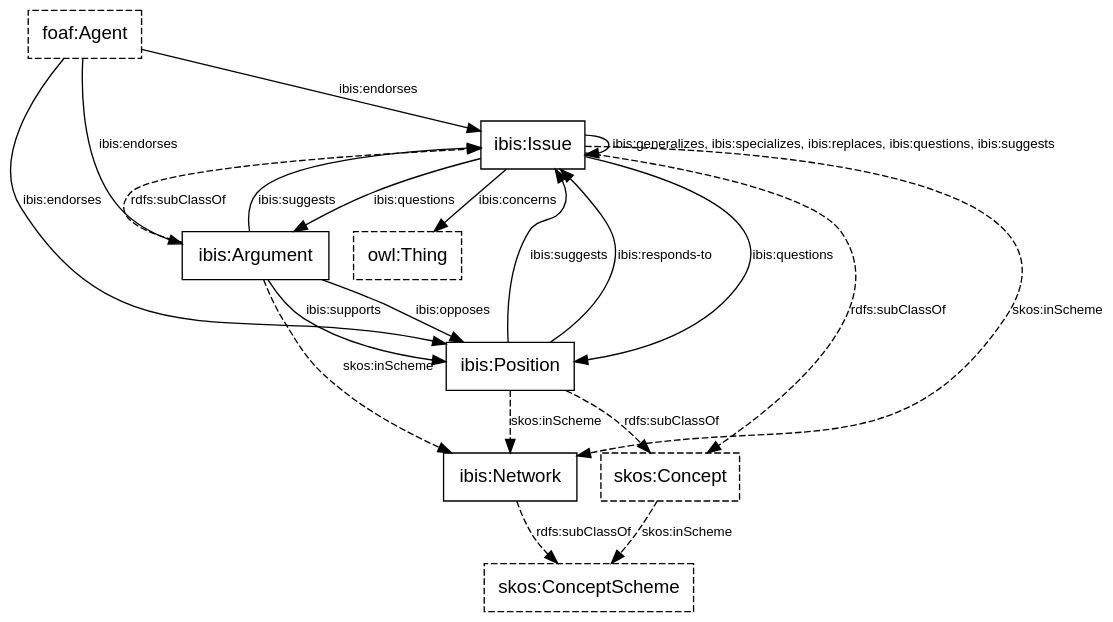
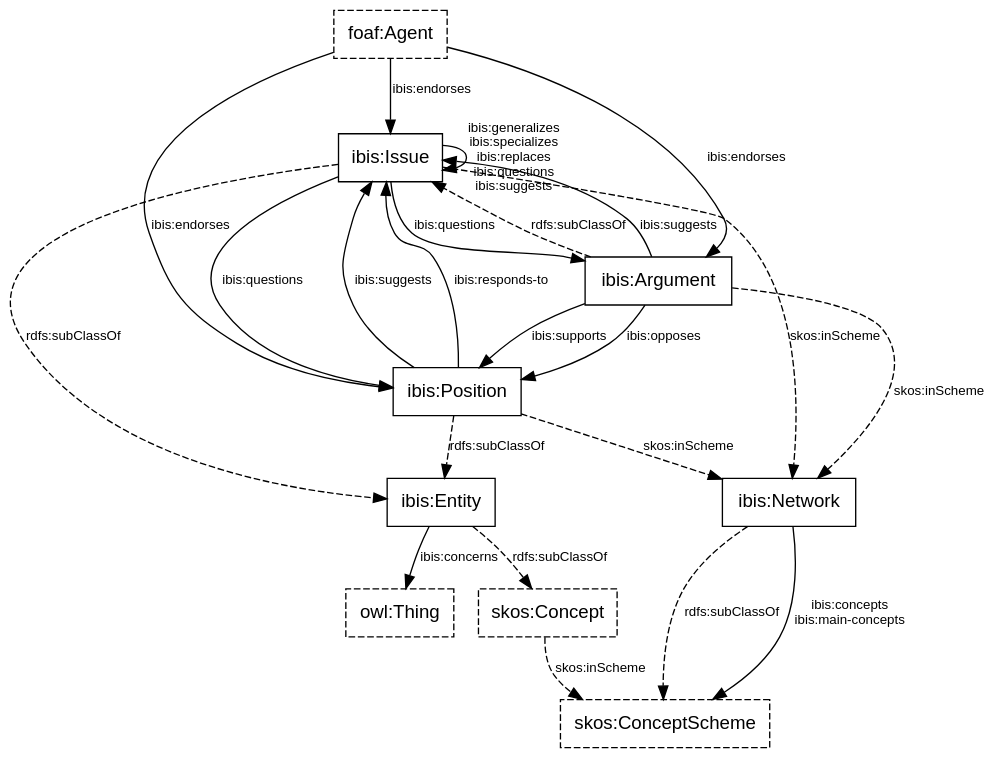
Before and after one commit to doriantaylor/owl-ibis: the diagram in ibis-classes.dot, drawn with Graphviz. The commit also changed 4 other files, not shown here.

Commit message:
adding ibis:(main-)concepts and bringing ontology doc up to date

```diff
--- a/ibis-classes.dot
+++ b/ibis-classes.dot
@@ -1,63 +1,76 @@
 digraph {
     graph [bgcolor=transparent];
     node [shape=box,color="#000000",fontcolor="#000000",fontname="Lucida Grande, Lucida Sans Unicode, sans-serif"];
     edge [color="#000000",fontcolor="#000000",fontname="Lucida Grande, Lucida Sans Unicode, sans-serif"];
-    owl_Thing          [label="owl:Thing", style=dashed];
-    foaf_Agent         [label="foaf:Agent", style=dashed];
-    skos_Concept       [label="skos:Concept", style=dashed];
-    skos_ConceptScheme [label="skos:ConceptScheme", style=dashed];
-    ibis_Issue         [label="ibis:Issue"];
-    ibis_Position      [label="ibis:Position"];
-    ibis_Argument      [label="ibis:Argument"];
-    ibis_Network       [label="ibis:Network"];
-    
+
+    subgraph {
+        node [style=dashed];
+        owl_Thing          [label="owl:Thing"];
+        foaf_Agent         [label="foaf:Agent"];
+        skos_Concept       [label="skos:Concept"];
+        skos_ConceptScheme [label="skos:ConceptScheme"];
+    }
+
+    ibis_Entity   [label="ibis:Entity"];
+    ibis_Issue    [label="ibis:Issue"];
+    ibis_Position [label="ibis:Position"];
+    ibis_Argument [label="ibis:Argument"];
+    ibis_Network  [label="ibis:Network"];
+
     subgraph {
         edge [fontsize=10,concentrate=true];
         /*
         ibis_Issue -> ibis_Issue [label="ibis:specializes"];
         ibis_Issue -> ibis_Issue [label="ibis:generalizes"];
         ibis_Issue -> ibis_Issue [label="ibis:replaces"];
         */
-        ibis_Issue -> ibis_Issue [label="ibis:generalizes, ibis:specializes, ibis:replaces, ibis:questions, ibis:suggests"];
-        
+        ibis_Issue -> ibis_Issue [label="ibis:generalizes\nibis:specializes\nibis:replaces\nibis:questions\nibis:suggests"];
+
         subgraph {
             edge [label="rdfs:subClassOf", style=dashed];
-            ibis_Issue    -> skos_Concept;
-            ibis_Position -> skos_Concept;
+            ibis_Entity   -> skos_Concept;
+            ibis_Issue    -> ibis_Entity;
+            ibis_Position -> ibis_Entity;
             ibis_Argument -> ibis_Issue;
             ibis_Network  -> skos_ConceptScheme;
         }
-        
+
         subgraph {
-            edge [label="skos:inScheme", style=dashed];
+            edge [label="skos:inScheme", style=dashed, concentrate=true];
             ibis_Issue    -> ibis_Network;
             ibis_Position -> ibis_Network;
             ibis_Argument -> ibis_Network;
             skos_Concept  -> skos_ConceptScheme;
         }
-                
+
+        subgraph {
+            edge [style=dashed];
+        }
+
         subgraph {
             edge [label="ibis:endorses"];
             foaf_Agent -> ibis_Issue;
             foaf_Agent -> ibis_Position;
             foaf_Agent -> ibis_Argument;
         }
 
         subgraph {
             edge [label="ibis:questions"];
-            ibis_Issue -> ibis_Argument
-            ibis_Issue -> ibis_Position
+            ibis_Issue -> ibis_Argument;
+            ibis_Issue -> ibis_Position;
             //ibis_Issue -> ibis_Issue;
         }
         subgraph {
             edge [label="ibis:suggests"];
             ibis_Position -> ibis_Issue;
             ibis_Argument -> ibis_Issue;
             //ibis_Issue    -> ibis_Issue;
         }
-        ibis_Issue    -> owl_Thing     [label="ibis:concerns"];
+
+        ibis_Entity   -> owl_Thing     [label="ibis:concerns"];
         ibis_Position -> ibis_Issue    [label="ibis:responds-to"];
         ibis_Argument -> ibis_Position [label="ibis:supports"];
         ibis_Argument -> ibis_Position [label="ibis:opposes"];
+        ibis_Network -> skos_ConceptScheme [label="ibis:concepts\nibis:main-concepts"];
     }
 }
```
